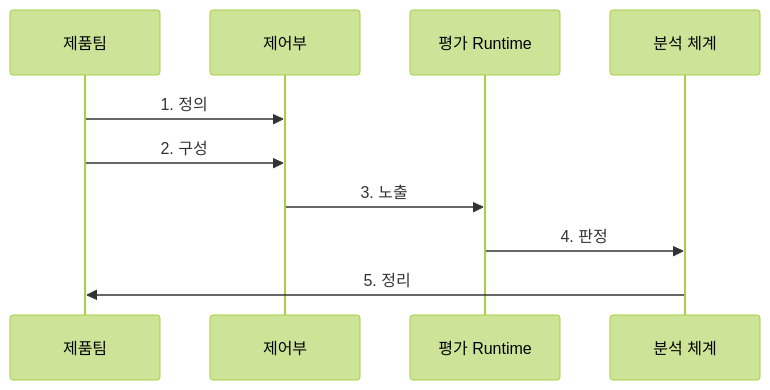
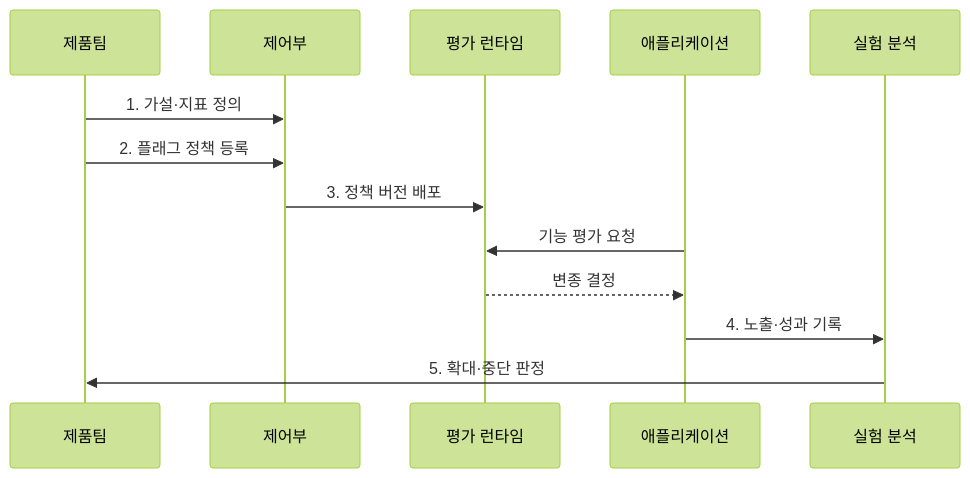
Before and after one commit to agnusdei1207/knowledge-base: the second of 2 diagrams in src/content/docs/notes/03-software/220_feature_toggle_experimentation.md, drawn with Mermaid (forest theme). The commit also changed other lines of this file and 20 other files, not shown here.

````diff
--- a/src/content/docs/notes/03-software/220_feature_toggle_experimentation.md
+++ b/src/content/docs/notes/03-software/220_feature_toggle_experimentation.md
@@ -83,12 +86,15 @@
 ```mermaid
 sequenceDiagram
     participant P as 제품팀
     participant C as 제어부
-    participant R as 평가 Runtime
-    participant A as 분석 체계
-    P->>C: 1. 정의
-    P->>C: 2. 구성
-    C->>R: 3. 노출
-    R->>A: 4. 판정
-    A->>P: 5. 정리
+    participant R as 평가 런타임
+    participant A as 애플리케이션
+    participant X as 실험 분석
+    P->>C: 1. 가설·지표 정의
+    P->>C: 2. 플래그 정책 등록
+    C->>R: 3. 정책 버전 배포
+    A->>R: 기능 평가 요청
+    R-->>A: 변종 결정
+    A->>X: 4. 노출·성과 기록
+    X->>P: 5. 확대·중단 판정
 ```
````
